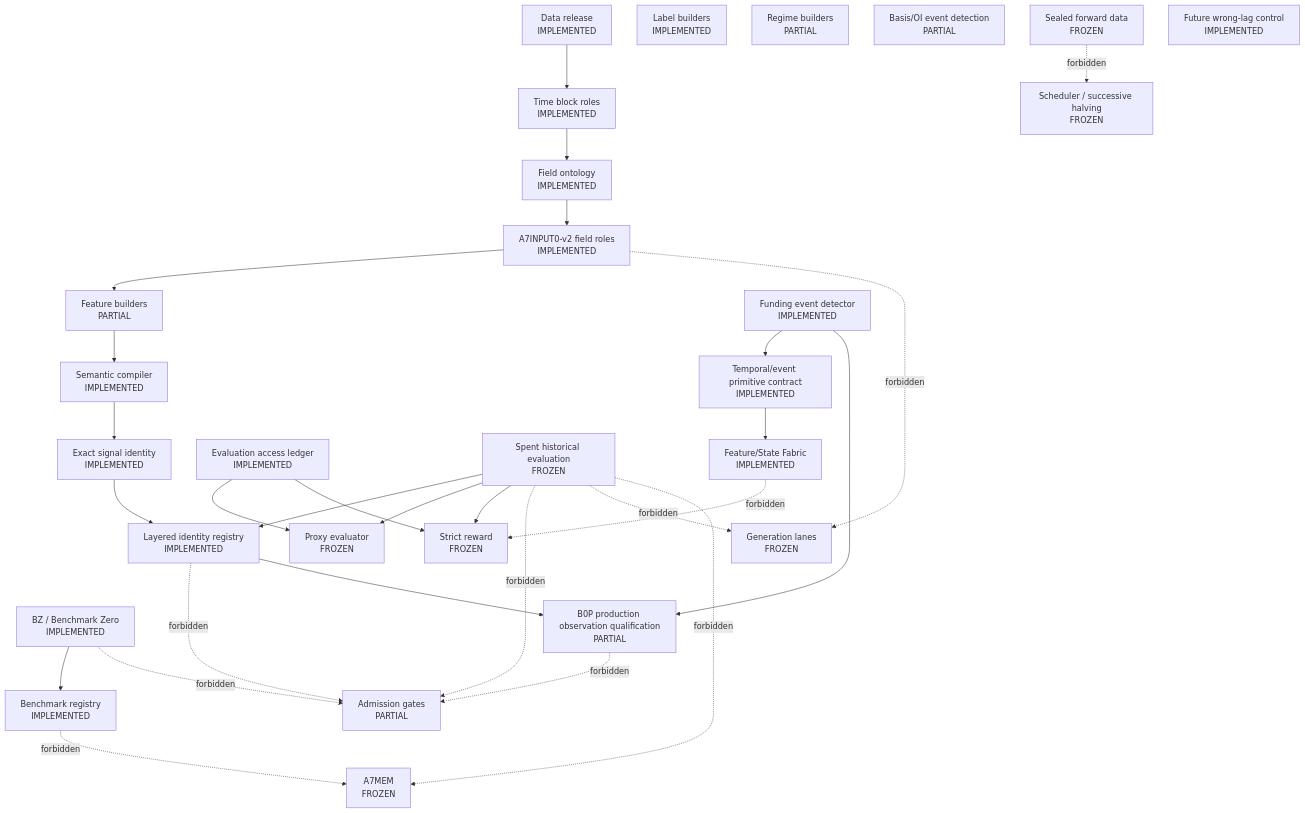
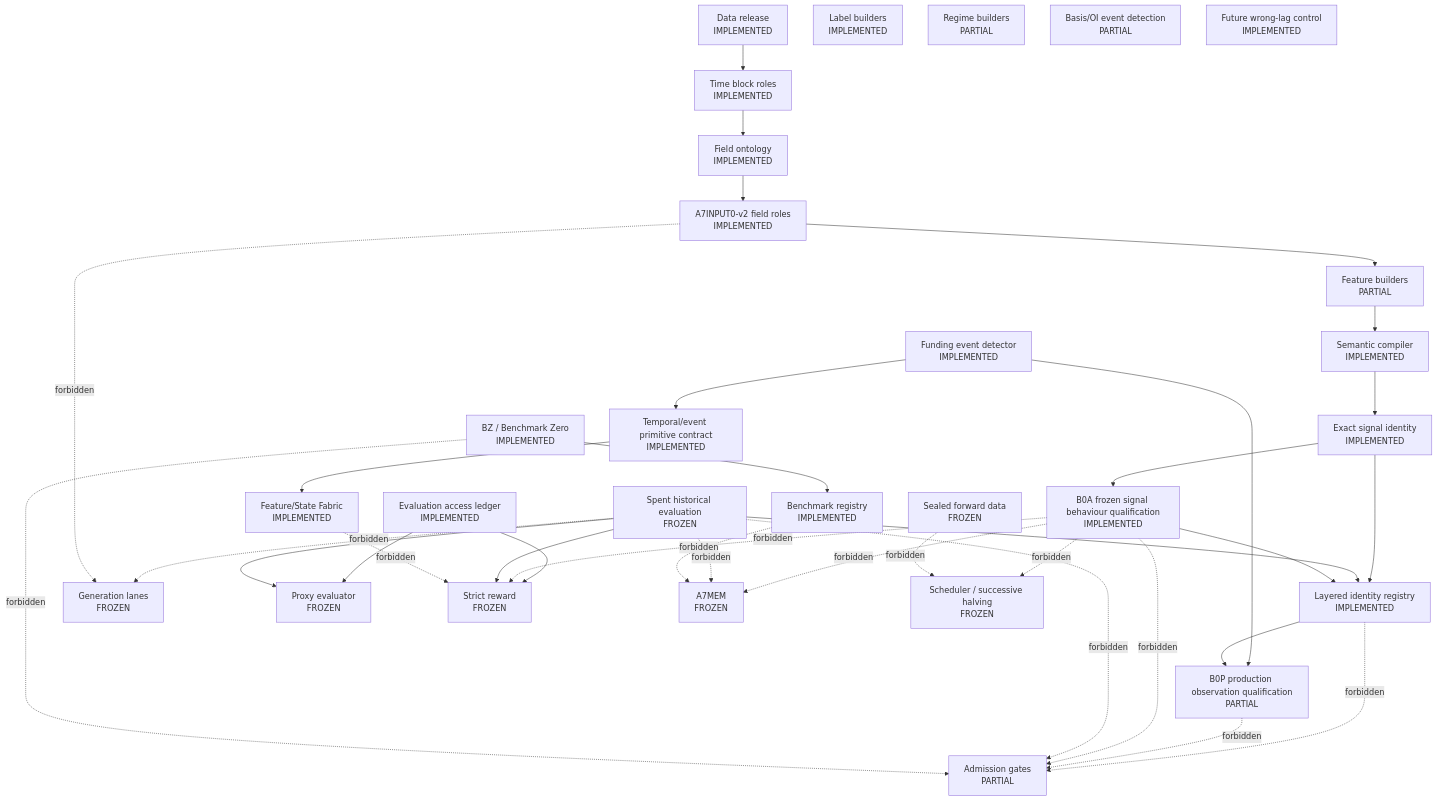
One commit to weisssschnee/alpha_pit_engine_crypto_20260519 changed the diagram in .planning/graphs/CURRENT_ARCHITECTURE.md. Above: the diagram before and after it, drawn with Mermaid. The commit also changed other lines of this file and 35 other files, not shown here.

Commit message:
b0a qualify frozen signal behaviour

````diff
--- a/.planning/graphs/CURRENT_ARCHITECTURE.md
+++ b/.planning/graphs/CURRENT_ARCHITECTURE.md
@@ -11,57 +11,64 @@
 ```mermaid
 flowchart TD
   control_data_release["Data release\nIMPLEMENTED"]
   control_time_block_roles["Time block roles\nIMPLEMENTED"]
   control_field_ontology["Field ontology\nIMPLEMENTED"]
   control_a7input0["A7INPUT0-v2 field roles\nIMPLEMENTED"]
   control_feature_builder["Feature builders\nPARTIAL"]
   control_label_builder["Label builders\nIMPLEMENTED"]
   control_regime_builder["Regime builders\nPARTIAL"]
   control_funding_event_detector["Funding event detector\nIMPLEMENTED"]
   control_basis_oi_event_detection["Basis/OI event detection\nPARTIAL"]
   control_semantic_compiler["Semantic compiler\nIMPLEMENTED"]
   control_exact_signal_identity["Exact signal identity\nIMPLEMENTED"]
   control_identity_registry["Layered identity registry\nIMPLEMENTED"]
   control_generation_lanes["Generation lanes\nFROZEN"]
   control_proxy["Proxy evaluator\nFROZEN"]
   control_strict_reward["Strict reward\nFROZEN"]
   control_admission["Admission gates\nPARTIAL"]
   control_a7mem["A7MEM\nFROZEN"]
   control_scheduler["Scheduler / successive halving\nFROZEN"]
   control_benchmark_registry["Benchmark registry\nIMPLEMENTED"]
   control_evaluation_access_ledger["Evaluation access ledger\nIMPLEMENTED"]
   control_spent_evaluation["Spent historical evaluation\nFROZEN"]
   control_sealed_forward["Sealed forward data\nFROZEN"]
   control_future_wrong_lag["Future wrong-lag control\nIMPLEMENTED"]
   control_bz["BZ / Benchmark Zero\nIMPLEMENTED"]
   control_temporal_event_contract["Temporal/event primitive contract\nIMPLEMENTED"]
   control_feature_state_fabric["Feature/State Fabric\nIMPLEMENTED"]
   control_production_observation_qualification["B0P production observation qualification\nPARTIAL"]
+  control_frozen_signal_behaviour_qualification["B0A frozen signal behaviour qualification\nIMPLEMENTED"]
   control_data_release --> control_time_block_roles
   control_time_block_roles --> control_field_ontology
   control_field_ontology --> control_a7input0
   control_a7input0 --> control_feature_builder
   control_feature_builder --> control_semantic_compiler
   control_semantic_compiler --> control_exact_signal_identity
   control_exact_signal_identity --> control_identity_registry
   control_identity_registry -. forbidden .-> control_admission
   control_spent_evaluation --> control_identity_registry
   control_evaluation_access_ledger --> control_proxy
   control_evaluation_access_ledger --> control_strict_reward
   control_funding_event_detector --> control_temporal_event_contract
   control_temporal_event_contract --> control_feature_state_fabric
   control_bz --> control_benchmark_registry
   control_funding_event_detector --> control_production_observation_qualification
   control_identity_registry --> control_production_observation_qualification
   control_production_observation_qualification -. forbidden .-> control_admission
+  control_exact_signal_identity --> control_frozen_signal_behaviour_qualification
+  control_frozen_signal_behaviour_qualification --> control_identity_registry
+  control_frozen_signal_behaviour_qualification -. forbidden .-> control_admission
+  control_frozen_signal_behaviour_qualification -. forbidden .-> control_a7mem
+  control_frozen_signal_behaviour_qualification -. forbidden .-> control_scheduler
+  control_frozen_signal_behaviour_qualification -. forbidden .-> control_strict_reward
   control_spent_evaluation --> control_proxy
   control_spent_evaluation --> control_strict_reward
   control_spent_evaluation -. forbidden .-> control_admission
   control_spent_evaluation -. forbidden .-> control_generation_lanes
   control_spent_evaluation -. forbidden .-> control_a7mem
   control_sealed_forward -. forbidden .-> control_scheduler
   control_benchmark_registry -. forbidden .-> control_a7mem
   control_feature_state_fabric -. forbidden .-> control_strict_reward
   control_a7input0 -. forbidden .-> control_generation_lanes
   control_bz -. forbidden .-> control_admission
 ```
````
